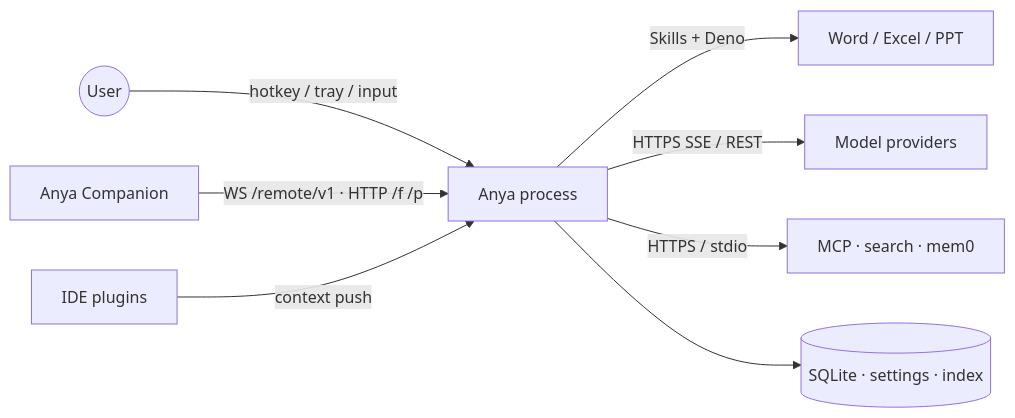
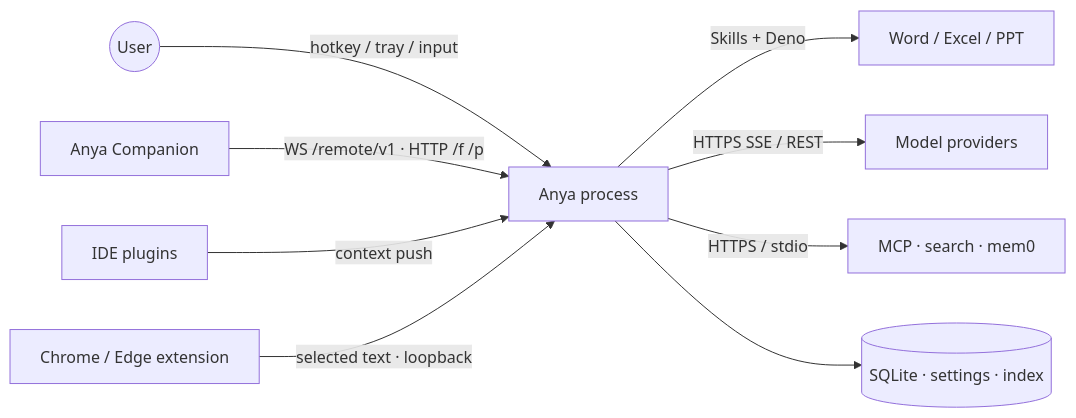
One commit to rururunu/Anya changed the first of 18 diagrams in docs/architecture-overview.md. Above: the diagram before and after it, drawn with Mermaid. The commit also changed other lines of this file and 7 other files, not shown here.

````diff
--- a/docs/architecture-overview.md
+++ b/docs/architecture-overview.md
@@ -50,10 +50,11 @@
 ```mermaid
 flowchart LR
   User((User)) -->|hotkey / tray / input| Host[Anya process]
   Phone[Anya Companion] -->|WS /remote/v1 · HTTP /f /p| Host
   IDE[IDE plugins] -->|context push| Host
+  Browser[Chrome / Edge extension] -->|selected text · loopback| Host
   Host -->|Skills + Deno| Office[Word / Excel / PPT]
   Host -->|HTTPS SSE / REST| LLM[Model providers]
   Host -->|HTTPS / stdio| Aux[MCP · search · mem0]
   Host --> Disk[(SQLite · settings · index)]
 ```
````
